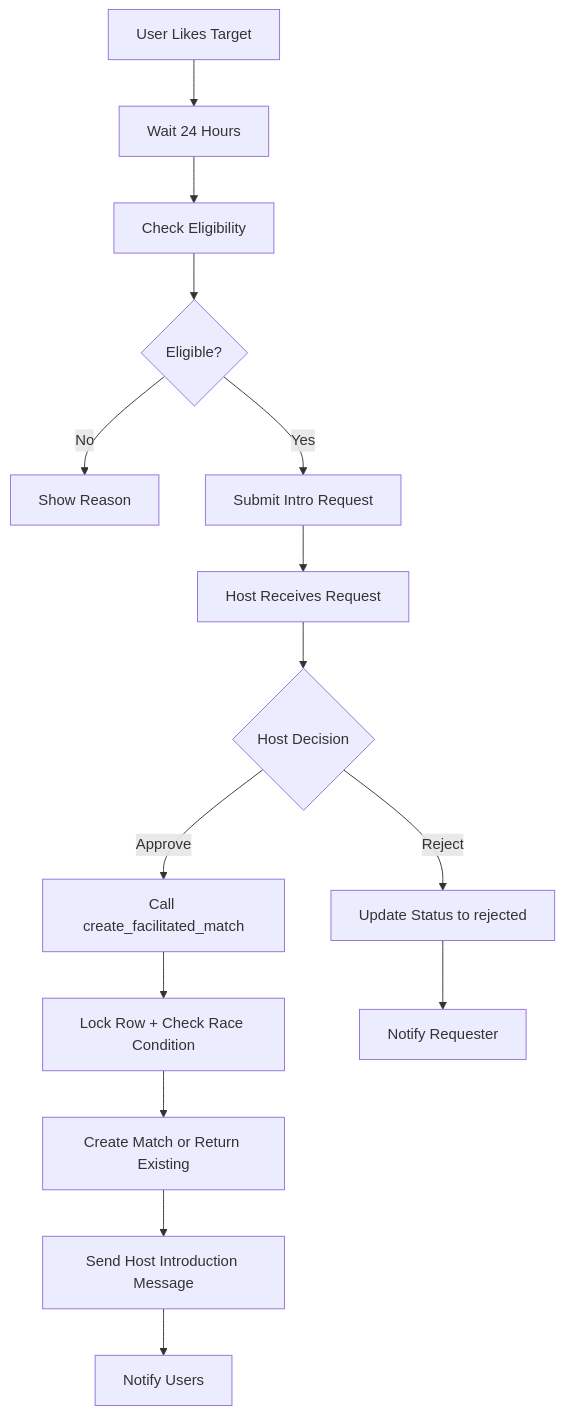
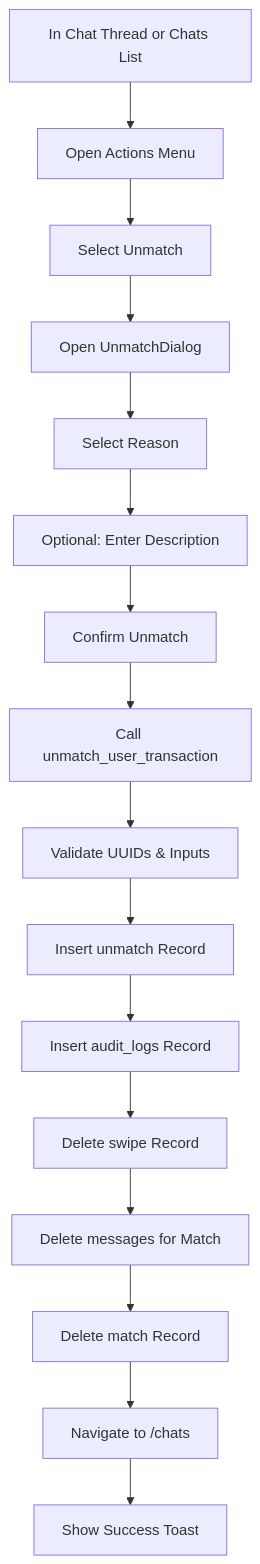
The ninth of 12 diagrams in PRODUCT_REQUIREMENTS_DOCUMENT.md (ketochiesesoyyo/konfetti-capacitor-integration), drawn with Mermaid before and after one commit. The commit also changed other lines of this file, not shown here.

````diff
--- a/PRODUCT_REQUIREMENTS_DOCUMENT.md
+++ b/PRODUCT_REQUIREMENTS_DOCUMENT.md
@@ -1266,17 +3425,18 @@
 ```mermaid
 graph TD
-    A[User Likes Target] --> B[Wait 24 Hours]
-    B --> C[Check Eligibility]
-    C --> D{Eligible?}
-    D --> |No| E[Show Reason]
-    D --> |Yes| F[Submit Intro Request]
-    F --> G[Host Receives Request]
-    G --> H{Host Decision}
-    H --> |Approve| I[Call create_facilitated_match]
-    H --> |Reject| J[Update Status to rejected]
-    I --> K[Lock Row + Check Race Condition]
-    K --> L[Create Match or Return Existing]
-    L --> M[Send Host Introduction Message]
-    M --> N[Notify Users]
-    J --> O[Notify Requester]
+    A[In Chat Thread or Chats List] --> B[Open Actions Menu]
+    B --> C[Select Unmatch]
+    C --> D[Open UnmatchDialog]
+    D --> E[Select Reason]
+    E --> F[Optional: Enter Description]
+    F --> G[Confirm Unmatch]
+    G --> H[Call unmatch_user_transaction]
+    H --> I[Validate UUIDs & Inputs]
+    I --> J[Insert unmatch Record]
+    J --> K[Insert audit_logs Record]
+    K --> L[Delete swipe Record]
+    L --> M[Delete messages for Match]
+    M --> N[Delete match Record]
+    N --> O[Navigate to /chats]
+    O --> P[Show Success Toast]
 ```
````
